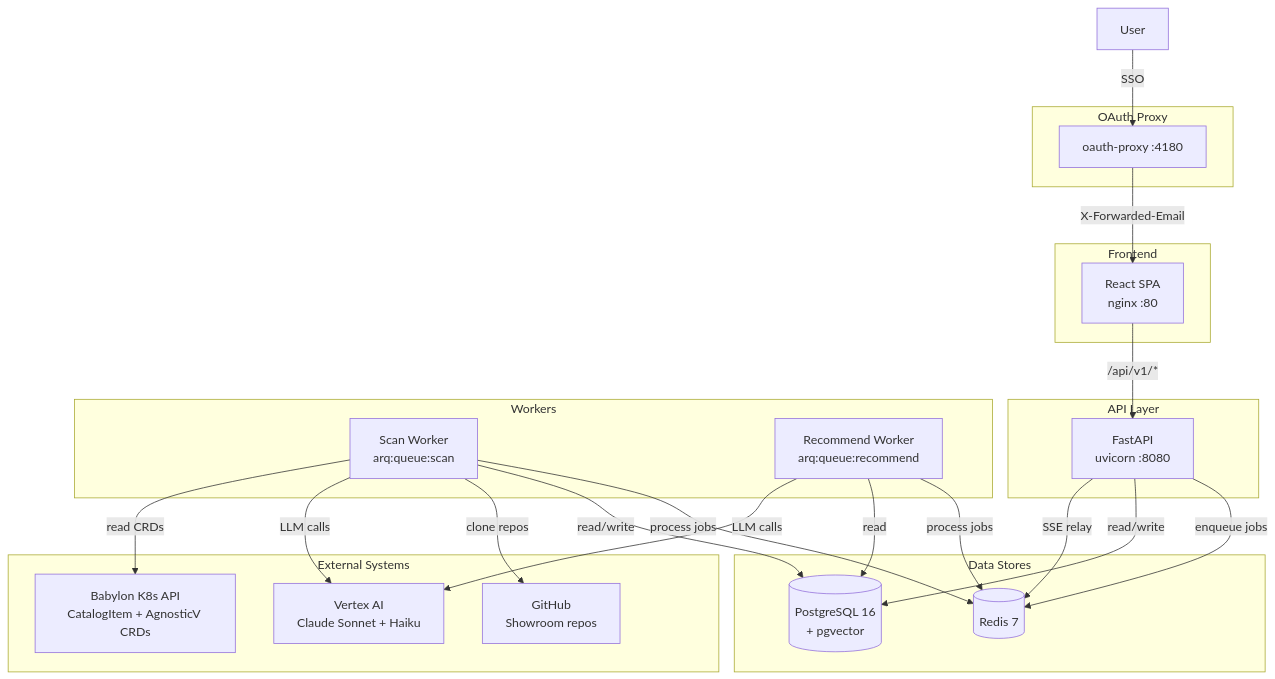
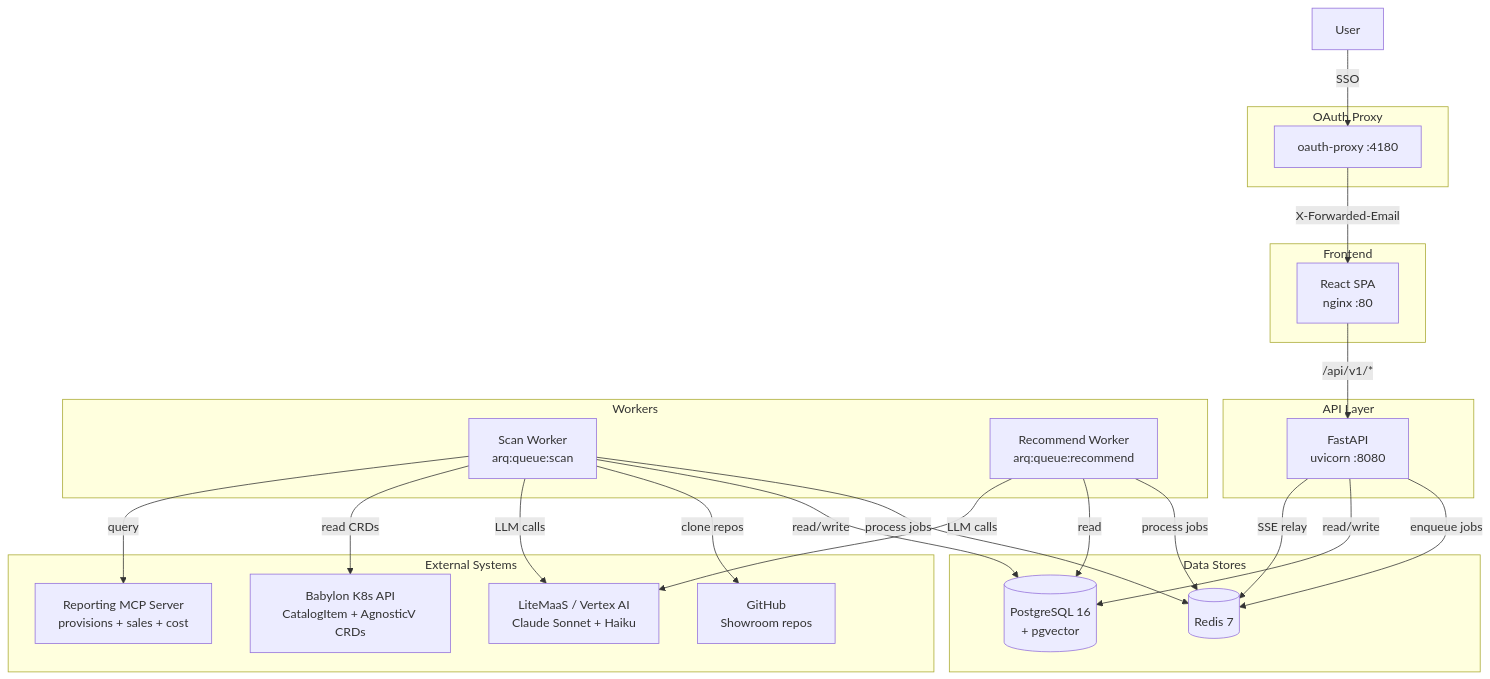
The first of 2 diagrams in docs/architecture/system-design.md (rhpds/rcars), drawn with Mermaid before and after one commit. The commit also changed other lines of this file and 5 other files, not shown here.

First line of the commit message:
docs: Break system-design.md into focused architecture pages

````diff
--- a/docs/architecture/system-design.md
+++ b/docs/architecture/system-design.md
@@ -27,45 +27,47 @@
 ```mermaid
 graph TB
     subgraph "Frontend"
         FE[React SPA<br/>nginx :80]
     end
     
     subgraph "OAuth Proxy"
         OA[oauth-proxy :4180]
     end
     
     subgraph "API Layer"
         API[FastAPI<br/>uvicorn :8080]
     end
     
     subgraph "Workers"
         SW[Scan Worker<br/>arq:queue:scan]
         RW[Recommend Worker<br/>arq:queue:recommend]
     end
     
     subgraph "Data Stores"
         PG[(PostgreSQL 16<br/>+ pgvector)]
         RD[(Redis 7)]
     end
     
     subgraph "External Systems"
         K8S[Babylon K8s API<br/>CatalogItem + AgnosticV CRDs]
         GH[GitHub<br/>Showroom repos]
-        VA[Vertex AI<br/>Claude Sonnet + Haiku]
+        LLM[LiteMaaS / Vertex AI<br/>Claude Sonnet + Haiku]
+        RPT[Reporting MCP Server<br/>provisions + sales + cost]
     end
     
     User -->|SSO| OA
     OA -->|X-Forwarded-Email| FE
     FE -->|/api/v1/*| API
     API -->|enqueue jobs| RD
     API -->|read/write| PG
     API -->|SSE relay| RD
     SW -->|process jobs| RD
     SW -->|read/write| PG
     SW -->|clone repos| GH
-    SW -->|LLM calls| VA
+    SW -->|LLM calls| LLM
     SW -->|read CRDs| K8S
+    SW -->|query| RPT
     RW -->|process jobs| RD
     RW -->|read| PG
-    RW -->|LLM calls| VA
+    RW -->|LLM calls| LLM
 ```
````
